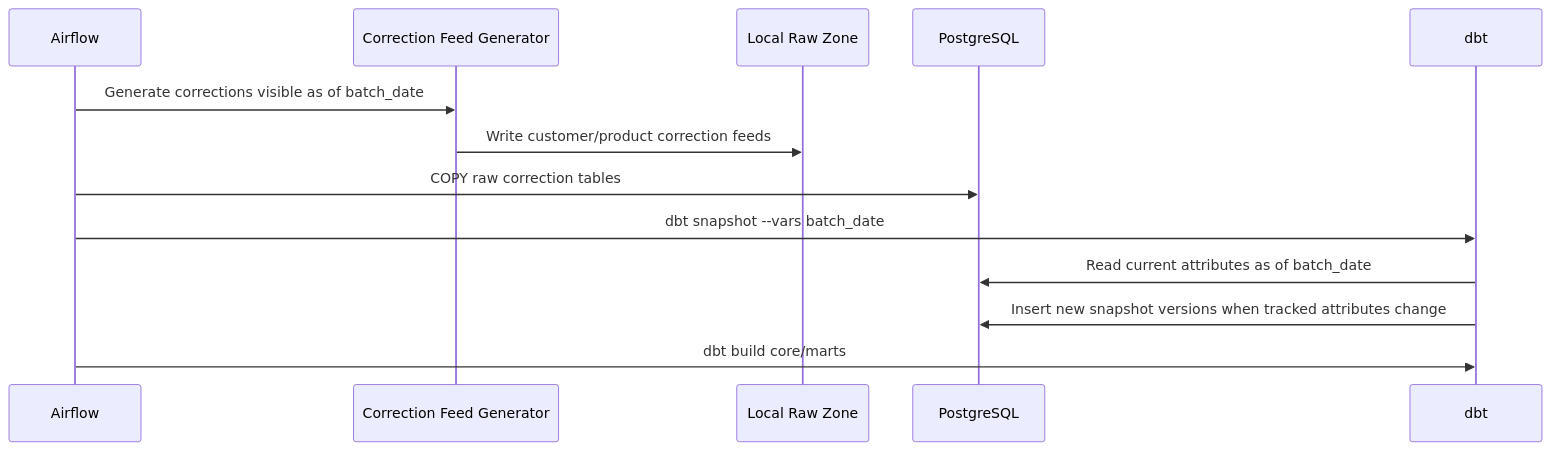
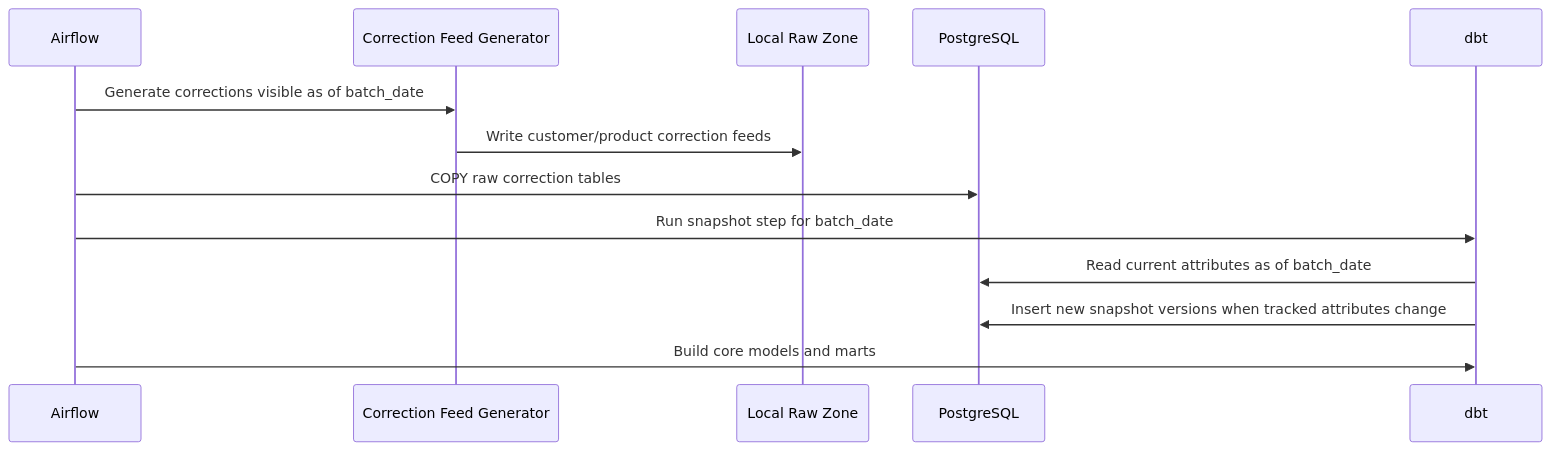
The sixth of 6 diagrams in docs/diagrams.md (eugenekarpov/olist-analytics-engineering-pipeline), drawn with Mermaid before and after one commit. The commit also changed 18 other files, not shown here.

````diff
--- a/docs/diagrams.md
+++ b/docs/diagrams.md
@@ -209,16 +209,16 @@
 ```mermaid
 sequenceDiagram
     participant Airflow
     participant Generator as Correction Feed Generator
     participant RawZone as Local Raw Zone
     participant Postgres as PostgreSQL
     participant dbt
 
     Airflow->>Generator: Generate corrections visible as of batch_date
     Generator->>RawZone: Write customer/product correction feeds
     Airflow->>Postgres: COPY raw correction tables
-    Airflow->>dbt: dbt snapshot --vars batch_date
+    Airflow->>dbt: Run snapshot step for batch_date
     dbt->>Postgres: Read current attributes as of batch_date
     dbt->>Postgres: Insert new snapshot versions when tracked attributes change
-    Airflow->>dbt: dbt build core/marts
+    Airflow->>dbt: Build core models and marts
 ```
````
